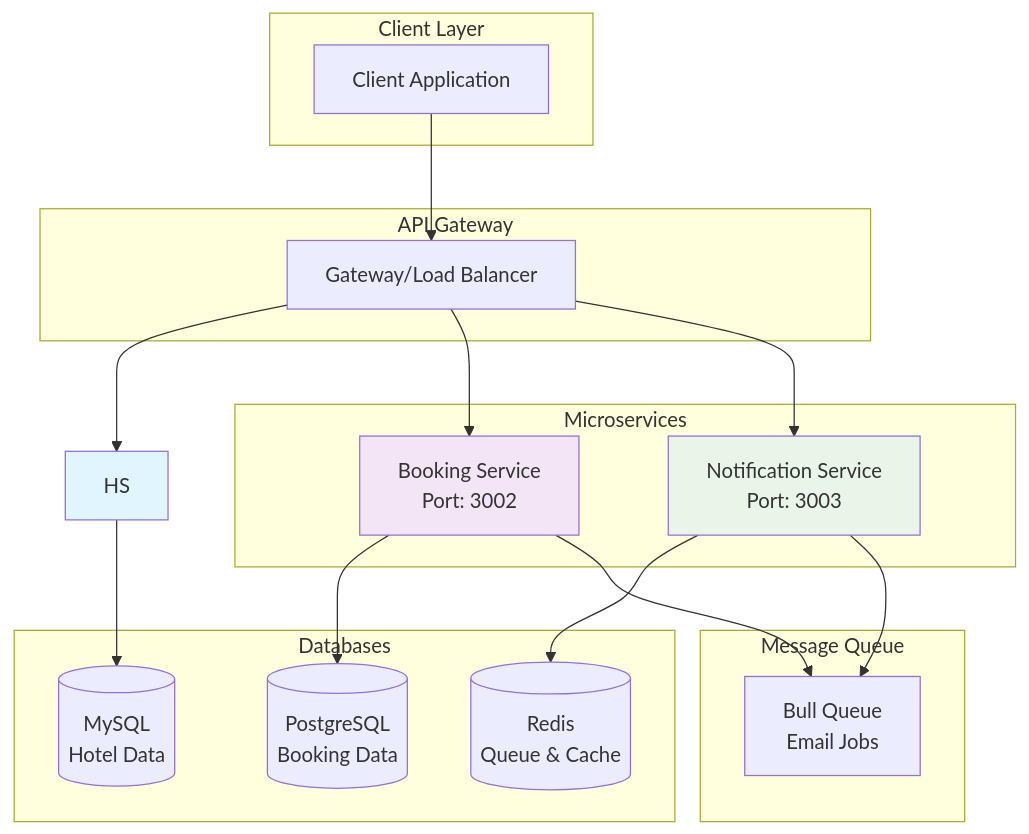
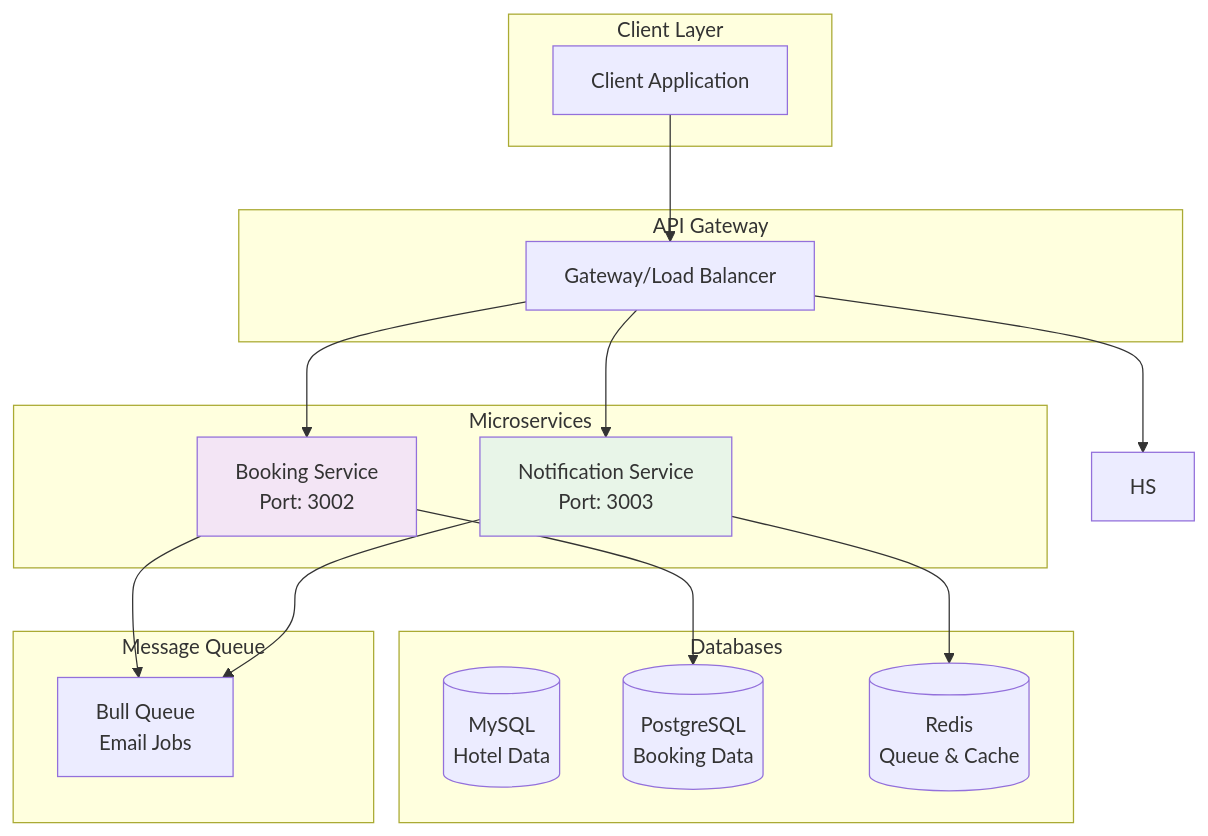
The first of 2 diagrams in README.md (Jyotishmoy12/airbnb-booking-backend), drawn with Mermaid before and after one commit.

````diff
--- a/README.md
+++ b/README.md
@@ -25,40 +25,38 @@
 ```mermaid
 graph TB
     subgraph "Client Layer"
         C[Client Application]
     end
     
     subgraph "API Gateway"
         GW[Gateway/Load Balancer]
     end
     
     subgraph "Microservices"
         BS[Booking Service<br/>Port: 3002]
         NS[Notification Service<br/>Port: 3003]
     end
     
     subgraph "Databases"
         MySQL[(MySQL<br/>Hotel Data)]
         PostgreSQL[(PostgreSQL<br/>Booking Data)]
         Redis[(Redis<br/>Queue & Cache)]
     end
     
     subgraph "Message Queue"
         BQ[Bull Queue<br/>Email Jobs]
     end
     
     C --> GW
     GW --> HS
     GW --> BS
     GW --> NS
-    
-    HS --> MySQL
+
     BS --> PostgreSQL
     BS --> BQ
     NS --> Redis
     NS --> BQ
-    
-    style HS fill:#e1f5fe
+
     style BS fill:#f3e5f5
     style NS fill:#e8f5e8
 ```
````
